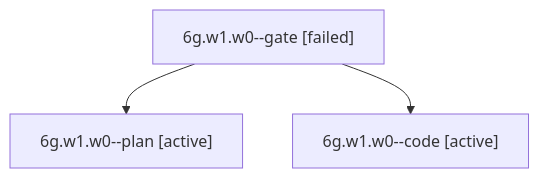
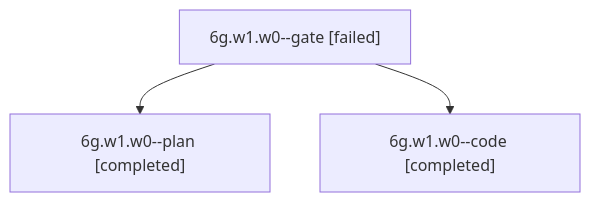
The diagram in sessions/bbugyi200.apollo.6g.w1.w0.md (bobs-org/bob-cli--agents), drawn with Mermaid before and after one commit. The commit also changed other lines of this file and 45 other files, not shown here.

````diff
--- a/sessions/bbugyi200.apollo.6g.w1.w0.md
+++ b/sessions/bbugyi200.apollo.6g.w1.w0.md
@@ -9,8 +9,8 @@
 ```mermaid
 flowchart TD
   n0["6g.w1.w0--gate [failed]"]
-  n1["6g.w1.w0--plan [active]"]
+  n1["6g.w1.w0--plan [completed]"]
   n0 --> n1
-  n2["6g.w1.w0--code [active]"]
+  n2["6g.w1.w0--code [completed]"]
   n0 --> n2
 ```
````
